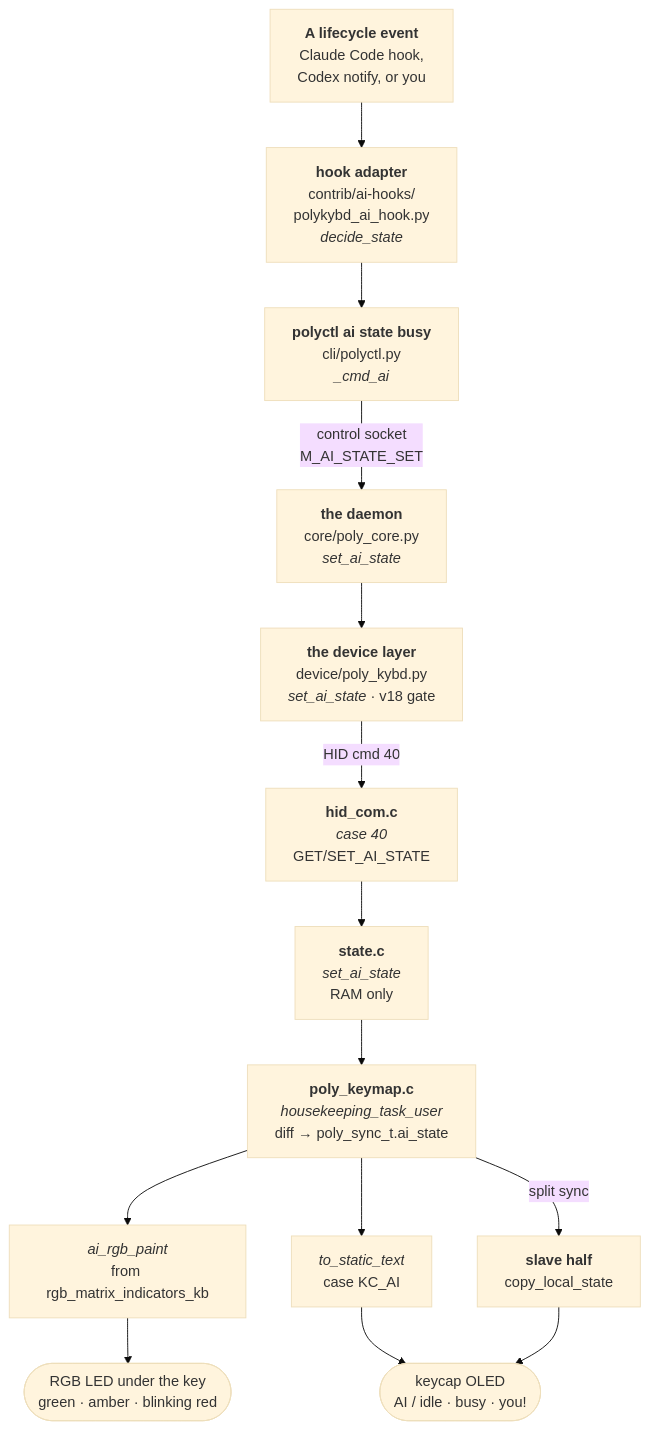
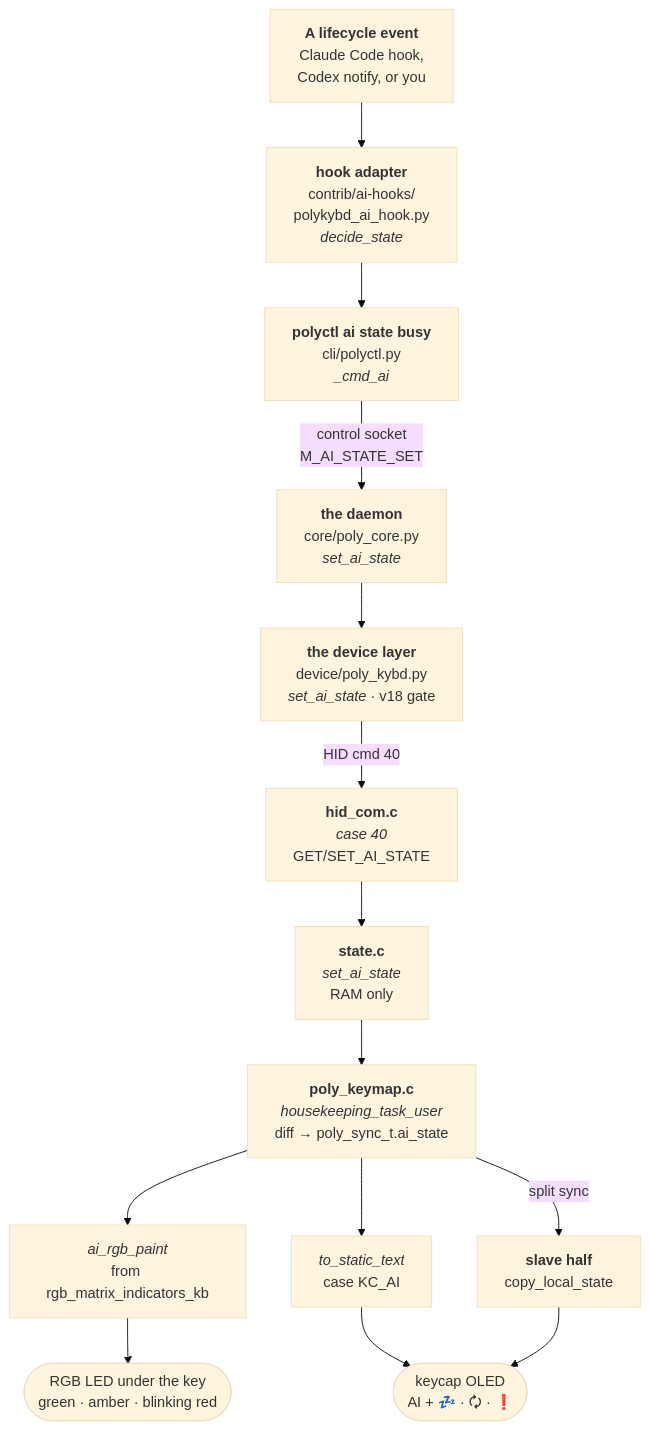
The seventh of 8 diagrams in src/content/docs/development/system-model.mdx (thpoll83/polykybd-docs), drawn with Mermaid (base theme) before and after one commit. The commit also changed 1 other file, not shown here.

Commit message:
docs(ai-key): the keycap shows a mark, not a second word
The firmware draws an icon under the word for the three live states
(qmk#276): 💤 sleeping for idle, 🗘 turning arrows for busy, ❗ for needs
you. The state table and both flow diagrams still promised "AI / idle ·
busy · you!".

Checked against the BUILT dist/ rather than the source: no page carries
the old wording, and the AI key page carries the marks.

Claude-Session: https://claude.ai/code/session_01PspA62cSiMdQoFu4xVsard

````diff
--- a/src/content/docs/development/system-model.mdx
+++ b/src/content/docs/development/system-model.mdx
@@ -298,22 +298,22 @@
 ```mermaid
 flowchart TB
   EV["<b>A lifecycle event</b><br/>Claude Code hook,<br/>Codex notify, or you"]
   HOOK["<b>hook adapter</b><br/>contrib/ai-hooks/<br/>polykybd_ai_hook.py<br/><i>decide_state</i>"]
   CLI["<b>polyctl ai state busy</b><br/>cli/polyctl.py<br/><i>_cmd_ai</i>"]
   CORE["<b>the daemon</b><br/>core/poly_core.py<br/><i>set_ai_state</i>"]
   DEV["<b>the device layer</b><br/>device/poly_kybd.py<br/><i>set_ai_state</i> · v18 gate"]
   HID["<b>hid_com.c</b><br/><i>case 40</i><br/>GET/SET_AI_STATE"]
   ST["<b>state.c</b><br/><i>set_ai_state</i><br/>RAM only"]
   HK["<b>poly_keymap.c</b><br/><i>housekeeping_task_user</i><br/>diff → poly_sync_t.ai_state"]
   RGB["<i>ai_rgb_paint</i><br/>from rgb_matrix_indicators_kb"]
   LEG["<i>to_static_text</i><br/>case KC_AI"]
   SLAVE["<b>slave half</b><br/>copy_local_state"]
   LED(["RGB LED under the key<br/>green · amber · blinking red"])
-  CAP(["keycap OLED<br/>AI / idle · busy · you!"])
+  CAP(["keycap OLED<br/>AI + 💤 · 🗘 · ❗"])
 
   EV --> HOOK --> CLI -- "control socket<br/>M_AI_STATE_SET" --> CORE --> DEV
   DEV -- "HID cmd 40" --> HID --> ST --> HK
   HK --> RGB --> LED
   HK --> LEG --> CAP
   HK -- "split sync" --> SLAVE --> CAP
 ```
````
